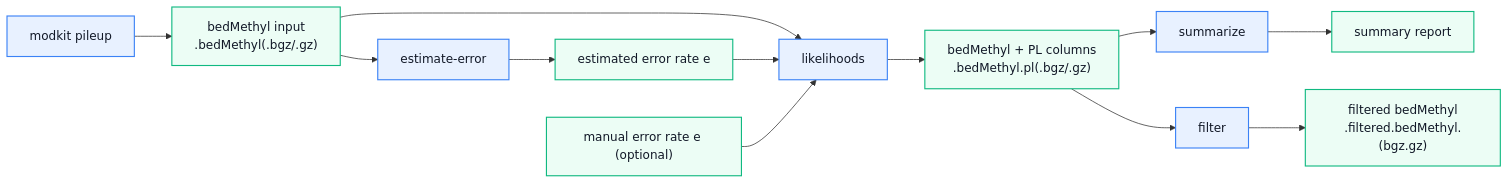
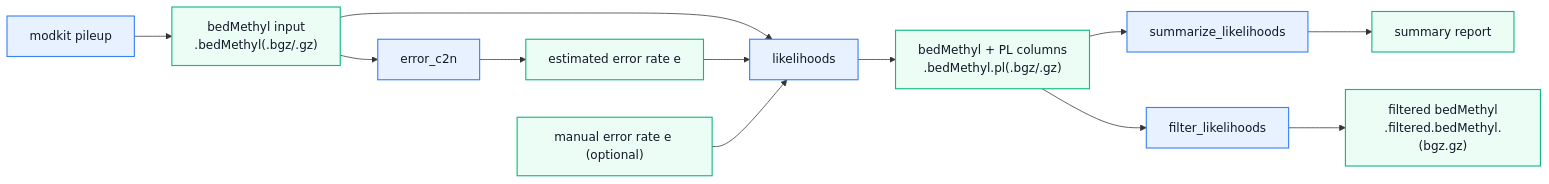
The diagram in README.md (amfaber/cpg_likelihoods), drawn with Mermaid before and after one commit. The commit also changed other lines of this file and 6 other files, not shown here.

````diff
--- a/README.md
+++ b/README.md
@@ -4,40 +4,40 @@
 ```mermaid
 flowchart LR
     %% Tool nodes
     T1["modkit pileup"]
-    T2["estimate-error"]
+    T2["error_c2n"]
     T3["likelihoods"]
-    T4["summarize"]
-    T5["filter"]
+    T4["summarize_likelihoods"]
+    T5["filter_likelihoods"]
 
     %% File nodes
     F1["bedMethyl input<br/>.bedMethyl(.bgz/.gz)"]
     F2["estimated error rate e"]
     F3["manual error rate e (optional)"]
     F4["bedMethyl + PL columns<br/>.bedMethyl.pl(.bgz/.gz)"]
     F5["summary report"]
     F6["filtered bedMethyl<br/>.filtered.bedMethyl.(bgz.gz)"]
 
     %% Flow
     T1 --> F1
     F1 --> T2
     T2 --> F2
 
     F1 --> T3
     F2 --> T3
     F3 --> T3
 
     T3 --> F4
     F4 --> T4
     T4 --> F5
 
     F4 --> T5
     T5 --> F6
 
     %% Styling
     classDef tool fill:#e8f1ff,stroke:#3b82f6,stroke-width:1.5px,color:#111827;
     classDef file fill:#ecfdf5,stroke:#10b981,stroke-width:1.5px,color:#111827;
 
     class T1,T2,T3,T4,T5 tool;
     class F1,F2,F3,F4,F5,F6 file;
 ```
````
